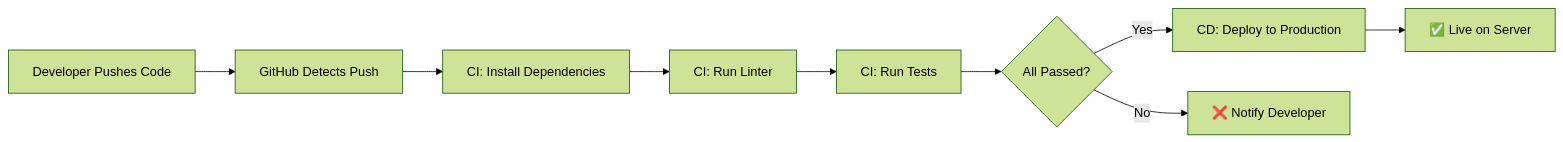
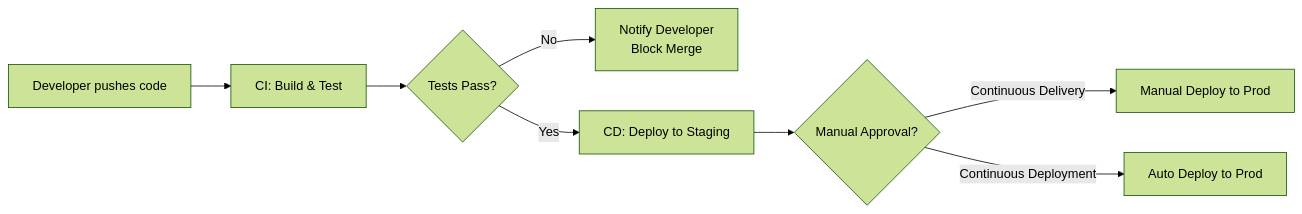
The first of 4 diagrams in 08-deployment/04-cicd-github-actions.md (vikasthakurr/FullStack-WebDev-Notes), drawn with Mermaid (forest theme) before and after one commit. The commit also changed other lines of this file and 57 other files, not shown here.

````diff
--- a/08-deployment/04-cicd-github-actions.md
+++ b/08-deployment/04-cicd-github-actions.md
@@ -12,11 +11,10 @@
 ```mermaid
-graph LR
-    A[Developer Pushes Code] --> B[GitHub Detects Push]
-    B --> C[CI: Install Dependencies]
-    C --> D[CI: Run Linter]
-    D --> E[CI: Run Tests]
-    E --> F{All Passed?}
-    F -->|Yes| G[CD: Deploy to Production]
-    F -->|No| H[❌ Notify Developer]
-    G --> I[✅ Live on Server]
+flowchart LR
+    A[Developer pushes code] --> B[CI: Build & Test]
+    B --> C{Tests Pass?}
+    C -->|No| D[Notify Developer\nBlock Merge]
+    C -->|Yes| E[CD: Deploy to Staging]
+    E --> F{Manual Approval?}
+    F -->|Continuous Delivery| G[Manual Deploy to Prod]
+    F -->|Continuous Deployment| H[Auto Deploy to Prod]
 ```
````
